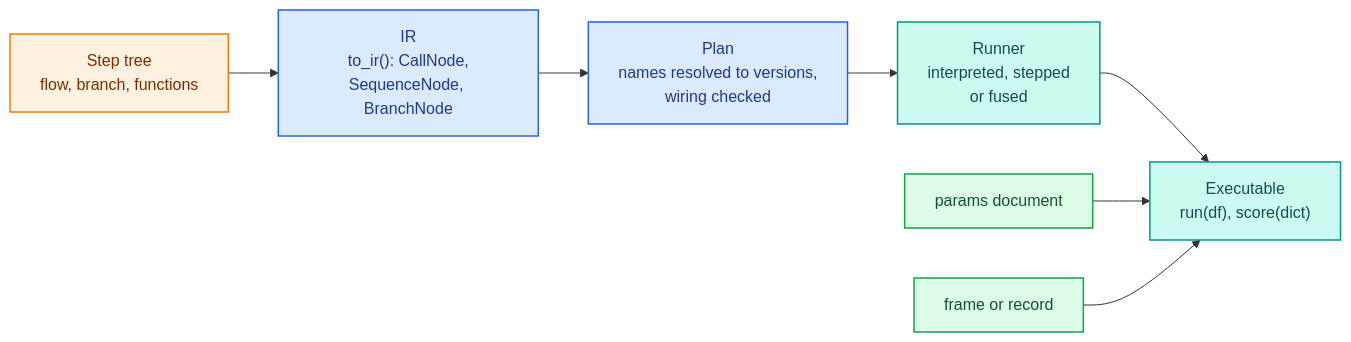
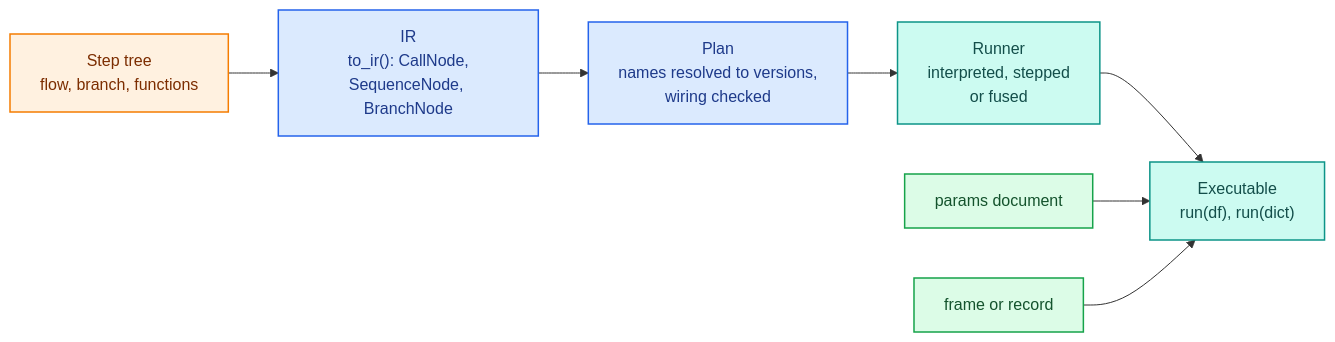
Before and after one commit to capitec/dsp-decision-engine: the second of 2 diagrams in docs/concepts.md, drawn with Mermaid. The commit also changed other lines of this file and 55 other files, not shown here.

Commit message:
docs: run takes a dict record or a frame; every score example and mention now says run, and the engine decision records the dispatch order and its cost

````diff
--- a/docs/concepts.md
+++ b/docs/concepts.md
@@ -109,13 +109,13 @@
 ```mermaid
 flowchart LR
     steps["Step tree<br/>flow, branch, functions"]:::authoring --> ir["IR<br/>to_ir(): CallNode,<br/>SequenceNode, BranchNode"]:::ir
     ir --> plan["Plan<br/>names resolved to versions,<br/>wiring checked"]:::ir
     plan --> runner["Runner<br/>interpreted, stepped<br/>or fused"]:::engine
-    runner --> exe["Executable<br/>run(df), score(dict)"]:::engine
+    runner --> exe["Executable<br/>run(df), run(dict)"]:::engine
     params["params document"]:::data --> exe
     data["frame or record"]:::data --> exe
     classDef authoring fill:#fff1e0,stroke:#f57c00,color:#7c2d00,stroke-width:1.5px;
     classDef ir fill:#dbeafe,stroke:#2563eb,color:#1e3a8a,stroke-width:1.5px;
     classDef engine fill:#ccfbf1,stroke:#0d9488,color:#134e4a,stroke-width:1.5px;
     classDef data fill:#dcfce7,stroke:#16a34a,color:#14532d,stroke-width:1.5px;
 ```
````
